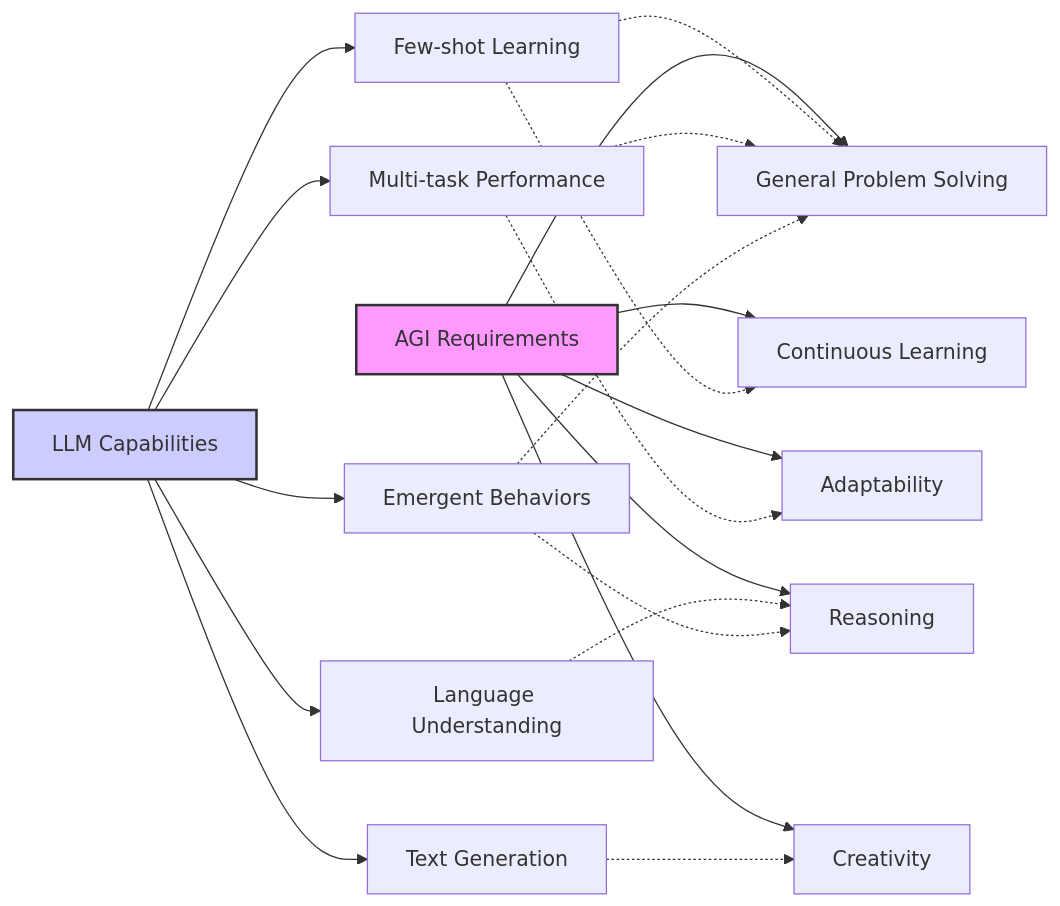
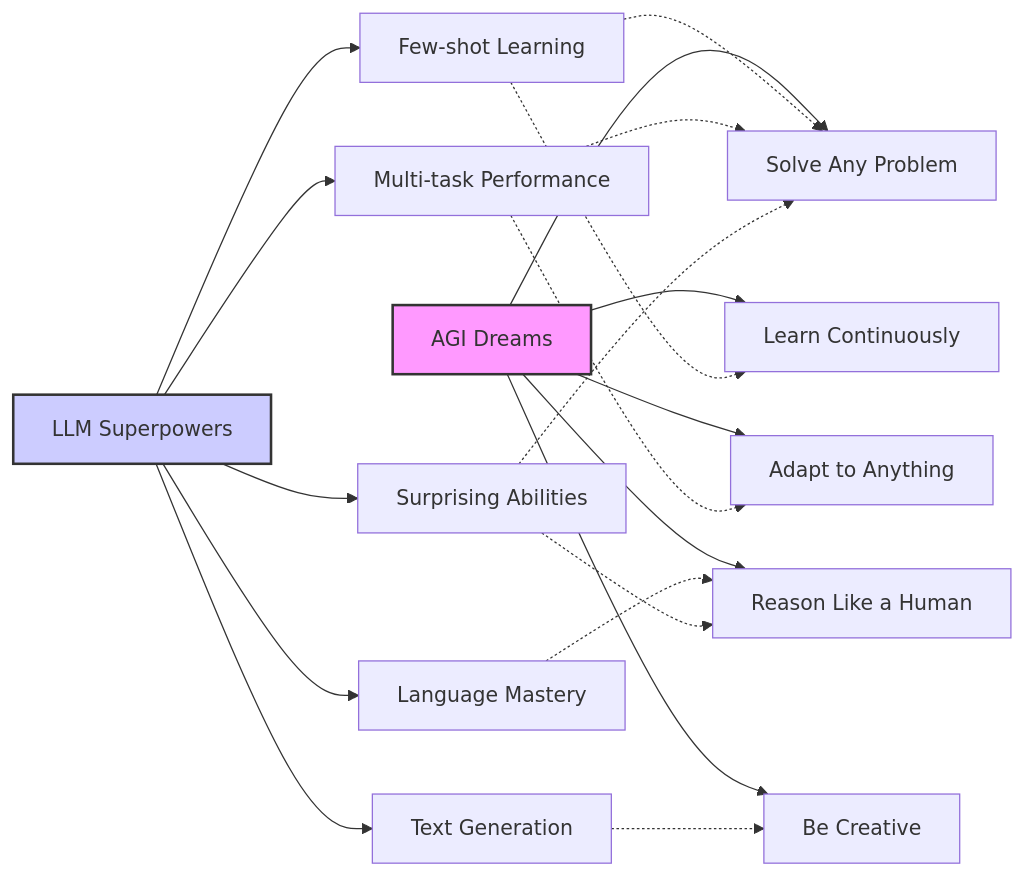
Before and after one commit to chenxingqiang/llm-course-chen: the third of 5 diagrams in notebooks/md/lesson_01_Course_Overview2.md, drawn with Mermaid. The commit also changed other lines of this file and 241 other files, not shown here.

````diff
--- a/notebooks/md/lesson_01_Course_Overview2.md
+++ b/notebooks/md/lesson_01_Course_Overview2.md
@@ -348,30 +425,29 @@
 ```mermaid
 graph LR
-    A[AGI Requirements]
-    G[LLM Capabilities]
-    
-    A --> B[General Problem Solving]
-    A --> C[Continuous Learning]
-    A --> D[Adaptability]
-    A --> E[Reasoning]
-    A --> F[Creativity]
-    
+    A[AGI Dreams]
+    G[LLM Superpowers]
+
+    A --> B[Solve Any Problem]
+    A --> C[Learn Continuously]
+    A --> D[Adapt to Anything]
+    A --> E[Reason Like a Human]
+    A --> F[Be Creative]
+
     G --> H[Few-shot Learning]
     G --> I[Multi-task Performance]
-    G --> J[Language Understanding]
+    G --> J[Language Mastery]
     G --> K[Text Generation]
-    G --> L[Emergent Behaviors]
-    
+    G --> L[Surprising Abilities]
+
     H -.-> B
     H -.-> C
     I -.-> B
     I -.-> D
     J -.-> E
     K -.-> F
     L -.-> B
     L -.-> E
-    
+
     style A fill:#f9f,stroke:#333,stroke-width:2px
     style G fill:#ccf,stroke:#333,stroke-width:2px
- 
 ```
````
